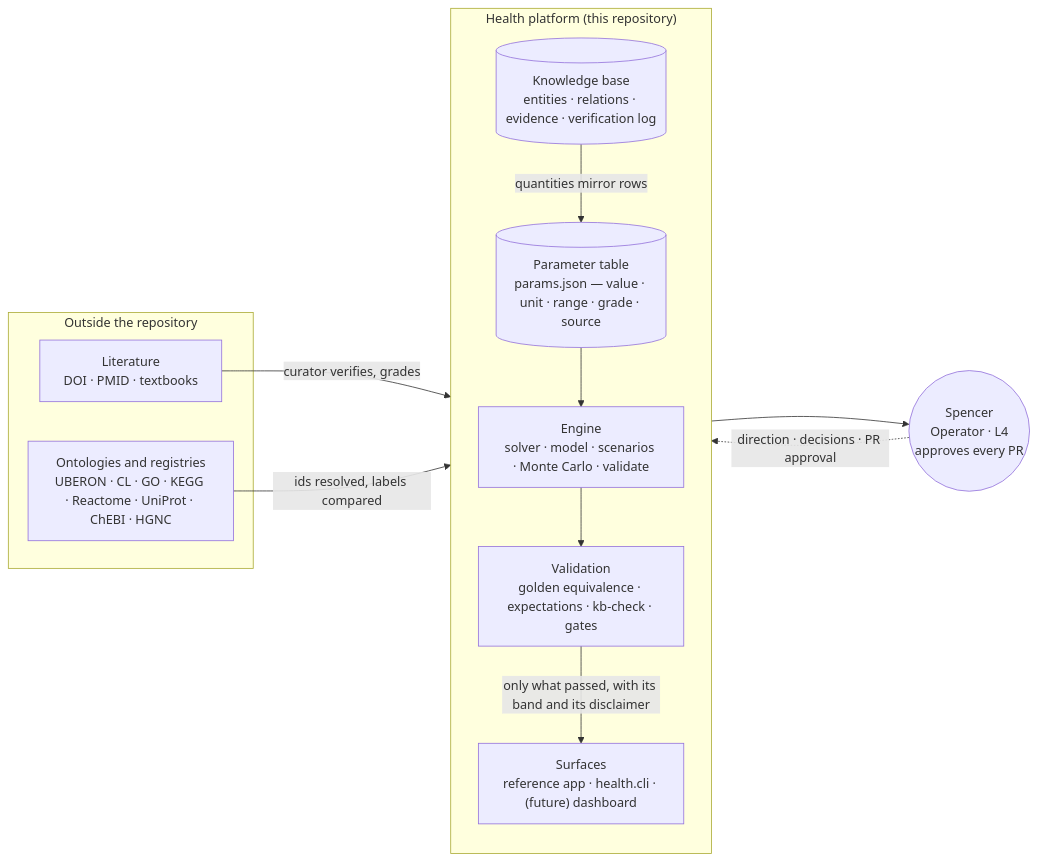
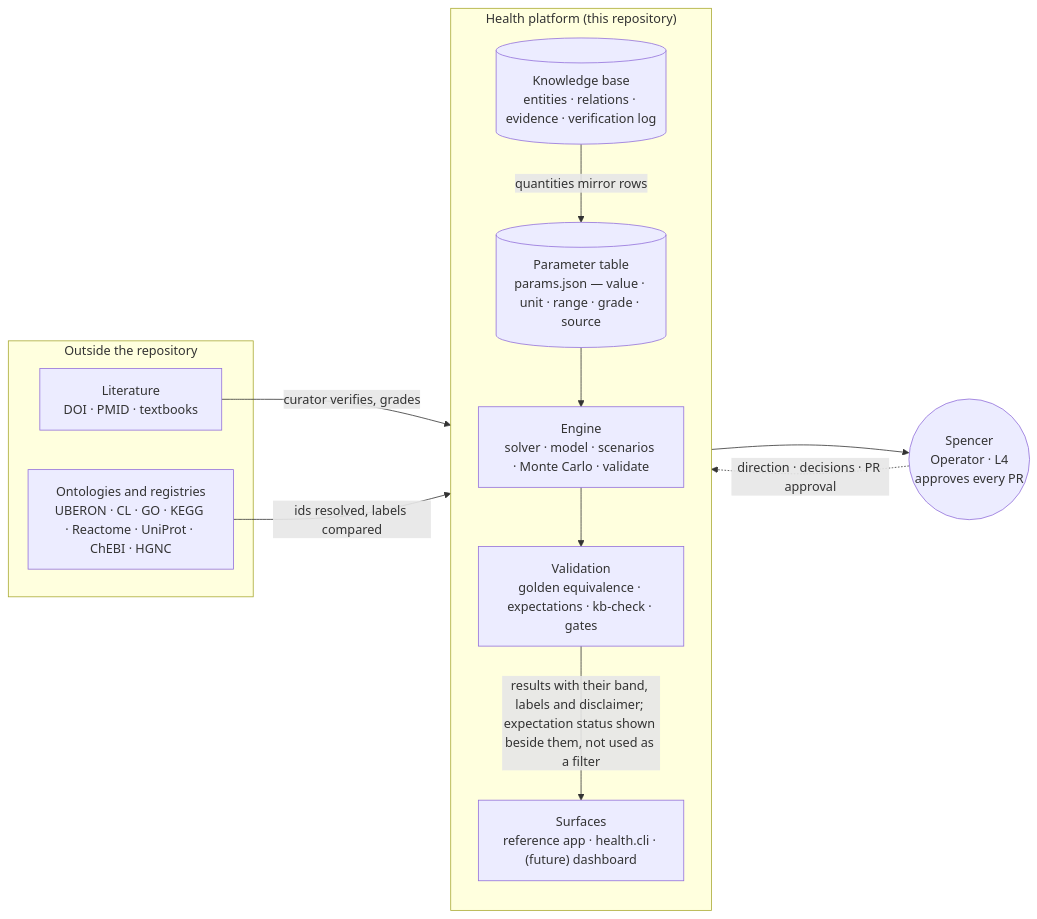
One commit to spencerwon/navanax1 changed the first of 8 diagrams in docs/health/06_ARCHITECTURE.md. Above: the diagram before and after it, drawn with Mermaid. The commit also changed other lines of this file and 21 other files, not shown here.

````diff
--- a/docs/health/06_ARCHITECTURE.md
+++ b/docs/health/06_ARCHITECTURE.md
@@ -15,24 +15,24 @@
 ```mermaid
 flowchart LR
   Op(("Spencer<br/>Operator · L4<br/>approves every PR"))
   subgraph SRC["Outside the repository"]
     Lit["Literature<br/>DOI · PMID · textbooks"]
     Onto["Ontologies and registries<br/>UBERON · CL · GO · KEGG · Reactome · UniProt · ChEBI · HGNC"]
   end
   subgraph HP["Health platform (this repository)"]
     direction TB
     KB[("Knowledge base<br/>entities · relations · evidence · verification log")]
     PR[("Parameter table<br/>params.json — value · unit · range · grade · source")]
     EN["Engine<br/>solver · model · scenarios · Monte Carlo · validate"]
     VH["Validation<br/>golden equivalence · expectations · kb-check · gates"]
     SF["Surfaces<br/>reference app · health.cli · (future) dashboard"]
   end
   Lit -->|"curator verifies, grades"| KB
   Onto -->|"ids resolved, labels compared"| KB
   KB -->|"quantities mirror rows"| PR
   PR --> EN
   EN --> VH
-  VH -->|"only what passed, with its band and its disclaimer"| SF
+  VH -->|"results with their band, labels and disclaimer; expectation status shown beside them, not used as a filter"| SF
   SF --> Op
   Op -.->|"direction · decisions · PR approval"| HP
 ```
````
